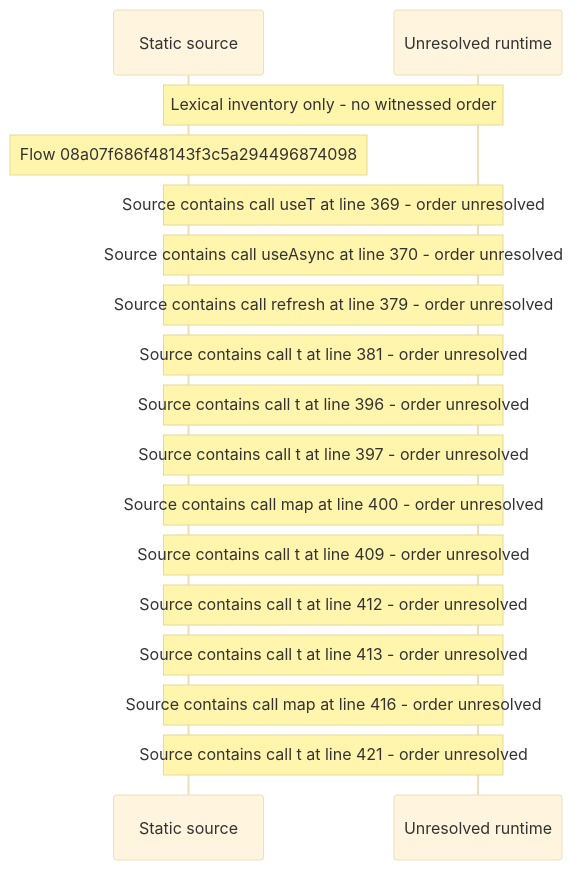
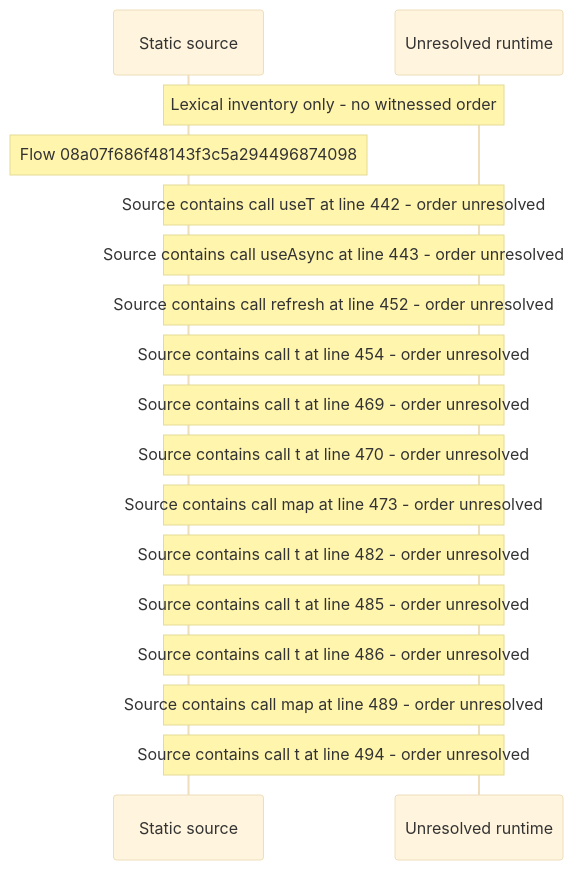
Before and after one commit to beamfall/core: the diagram in docs/web/flows/generated/08a07f686f48143f3c5a294496874098/flow-diagram.md, drawn with Mermaid (base theme). The commit also changed other lines of this file and 714 other files, not shown here.

Commit message:
Regenerate the web flow record after the main merge (CORE-1762)

````diff
--- a/docs/web/flows/generated/08a07f686f48143f3c5a294496874098/flow-diagram.md
+++ b/docs/web/flows/generated/08a07f686f48143f3c5a294496874098/flow-diagram.md
@@ -10,19 +10,19 @@
 ```mermaid
 sequenceDiagram
     participant S as Static source
     participant U as Unresolved runtime
     Note over S,U: Lexical inventory only - no witnessed order
     Note over S: Flow 08a07f686f48143f3c5a294496874098
-    Note over S,U: Source contains call useT at line 369 - order unresolved
-    Note over S,U: Source contains call useAsync at line 370 - order unresolved
-    Note over S,U: Source contains call refresh at line 379 - order unresolved
-    Note over S,U: Source contains call t at line 381 - order unresolved
-    Note over S,U: Source contains call t at line 396 - order unresolved
-    Note over S,U: Source contains call t at line 397 - order unresolved
-    Note over S,U: Source contains call map at line 400 - order unresolved
-    Note over S,U: Source contains call t at line 409 - order unresolved
-    Note over S,U: Source contains call t at line 412 - order unresolved
-    Note over S,U: Source contains call t at line 413 - order unresolved
-    Note over S,U: Source contains call map at line 416 - order unresolved
-    Note over S,U: Source contains call t at line 421 - order unresolved
+    Note over S,U: Source contains call useT at line 442 - order unresolved
+    Note over S,U: Source contains call useAsync at line 443 - order unresolved
+    Note over S,U: Source contains call refresh at line 452 - order unresolved
+    Note over S,U: Source contains call t at line 454 - order unresolved
+    Note over S,U: Source contains call t at line 469 - order unresolved
+    Note over S,U: Source contains call t at line 470 - order unresolved
+    Note over S,U: Source contains call map at line 473 - order unresolved
+    Note over S,U: Source contains call t at line 482 - order unresolved
+    Note over S,U: Source contains call t at line 485 - order unresolved
+    Note over S,U: Source contains call t at line 486 - order unresolved
+    Note over S,U: Source contains call map at line 489 - order unresolved
+    Note over S,U: Source contains call t at line 494 - order unresolved
 ```
````
